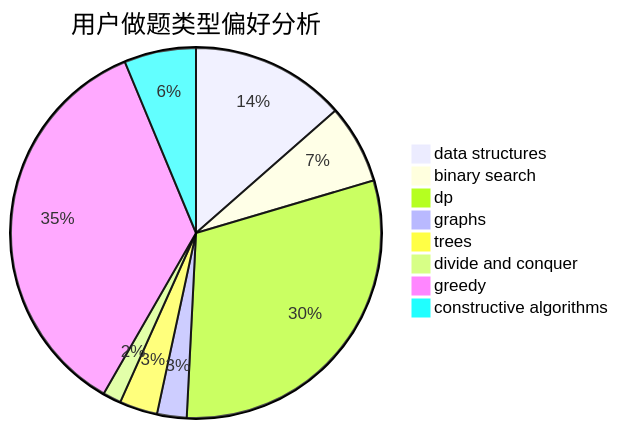
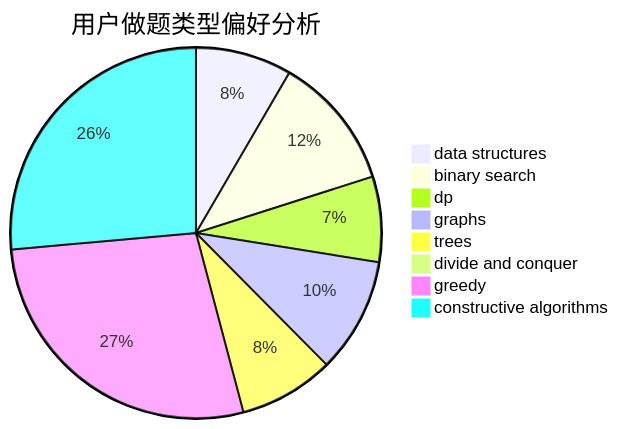
Before and after one commit to sherpahu/cfrs.github.io: the second of 3 diagrams in docs/user/u1815.md, drawn with Mermaid. The commit also changed other lines of this file and 2770 other files, not shown here.

````diff
--- a/docs/user/u1815.md
+++ b/docs/user/u1815.md
@@ -23,11 +23,11 @@
 ```mermaid
 pie title 用户做题类型偏好分析
-    "data structures" :  110
-    "binary search" :  56
-    "dp" :  247
-    "graphs" :  21
-    "trees" :  27
-    "divide and conquer" :  13
-    "greedy" :  288
-    "constructive algorithms" :  51
+    "data structures" :  107
+    "binary search" :  149
+    "dp" :  95
+    "graphs" :  128
+    "trees" :  106
+    "divide and conquer" :  9
+    "greedy" :  353
+    "constructive algorithms" :  337
 ```
````
